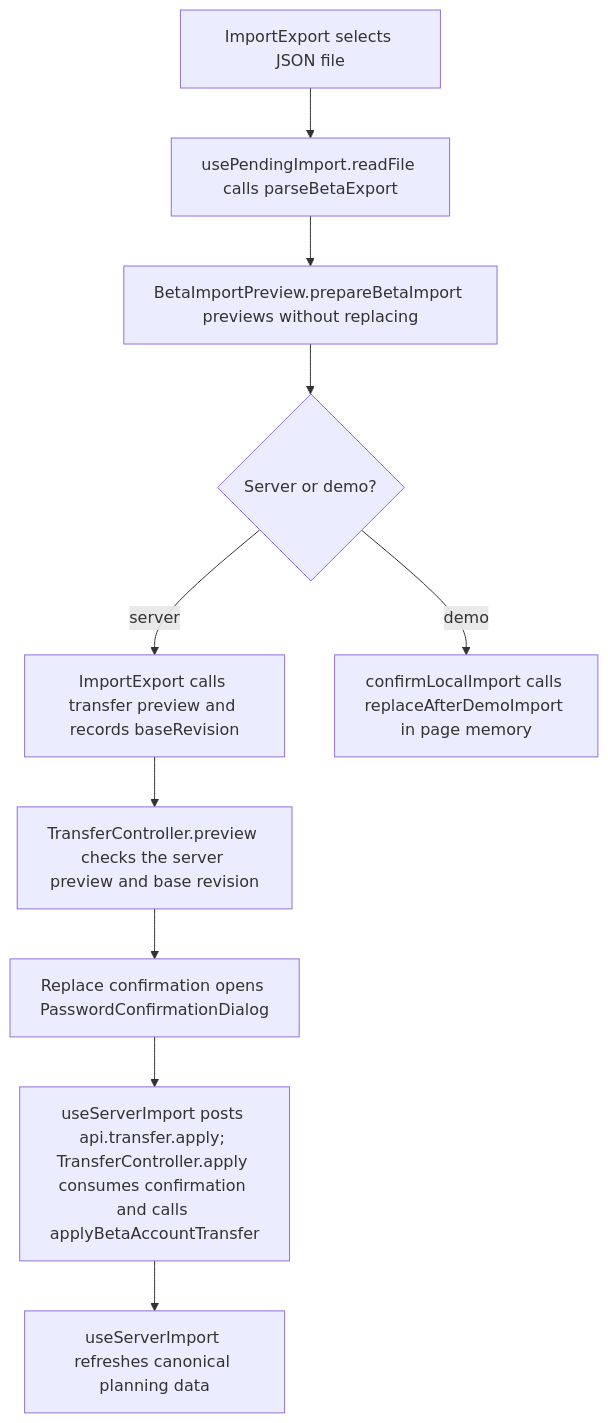
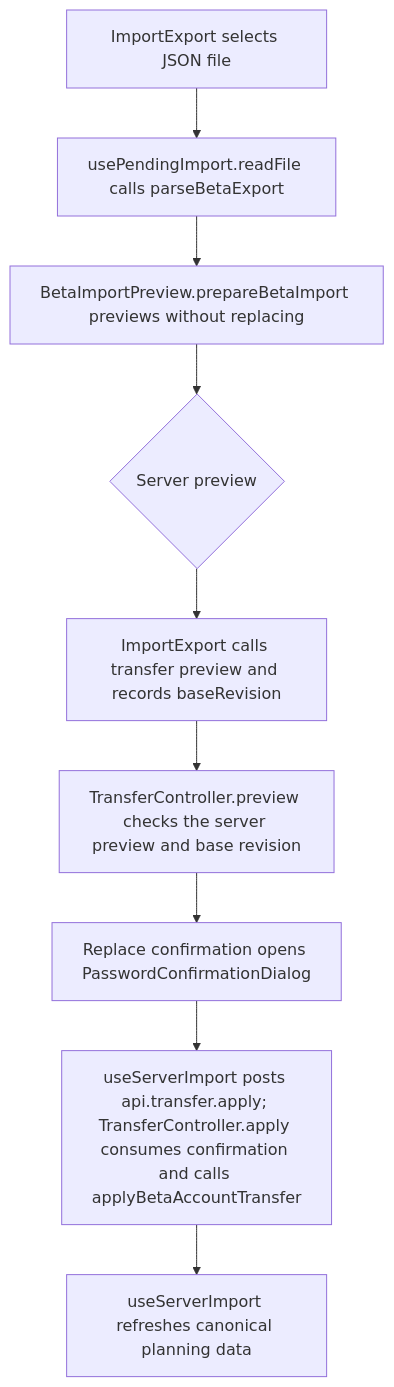
The second of 2 diagrams in user-stories/data/US-DAT-02-import-json.md (Kevinjohn/capacitylens), drawn with Mermaid before and after one commit. The commit also changed other lines of this file and 343 other files, not shown here.

Commit message:
feat: use server-owned company planning and a disposable development demo

````diff
--- a/user-stories/data/US-DAT-02-import-json.md
+++ b/user-stories/data/US-DAT-02-import-json.md
@@ -37,12 +36,11 @@
 ```mermaid
 flowchart TD
   file["ImportExport selects JSON file"] --> parse["usePendingImport.readFile calls parseBetaExport"]
   parse --> preview["BetaImportPreview.prepareBetaImport previews without replacing"]
-  preview --> branch{"Server or demo?"}
-  branch -->|"server"| serverPreview["ImportExport calls transfer preview and records baseRevision"]
+  preview --> branch{"Server preview"}
+  branch --> serverPreview["ImportExport calls transfer preview and records baseRevision"]
   serverPreview --> serverBoundary["TransferController.preview checks the server preview and base revision"]
   serverBoundary --> confirm["Replace confirmation opens PasswordConfirmationDialog"]
   confirm --> apply["useServerImport posts api.transfer.apply; TransferController.apply consumes confirmation and calls applyBetaAccountTransfer"]
   apply --> refresh["useServerImport refreshes canonical planning data"]
-  branch -->|"demo"| local["confirmLocalImport calls replaceAfterDemoImport in page memory"]
 ```
````
